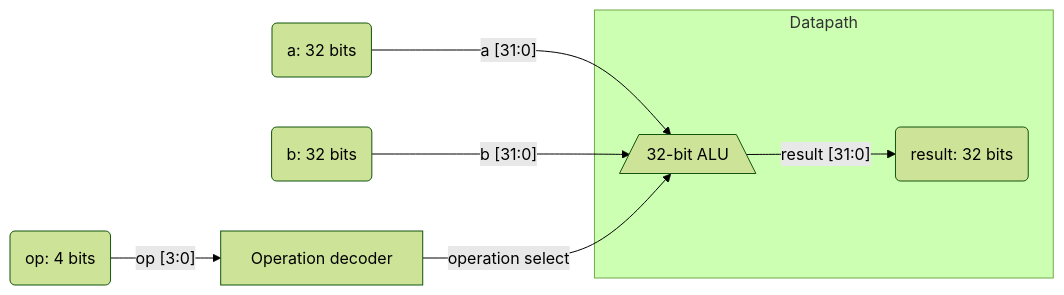
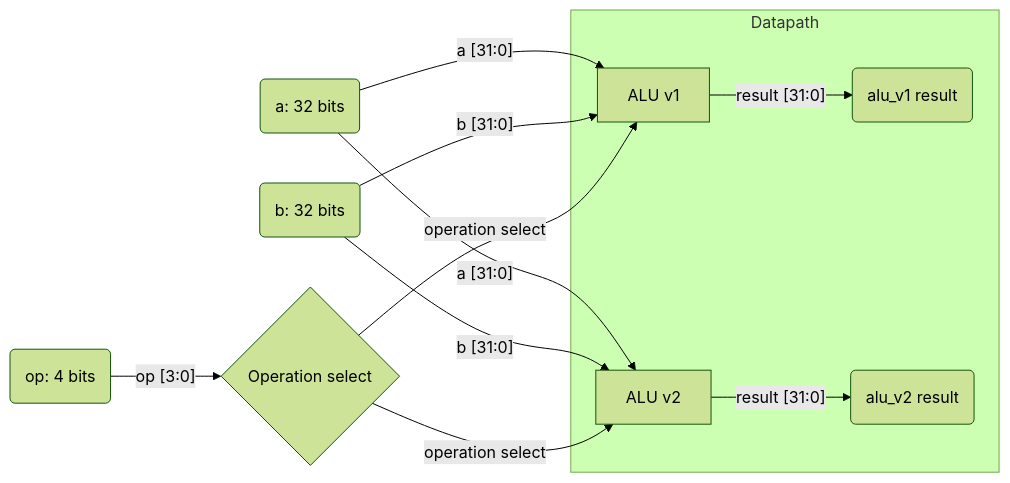
Before and after one commit to dmz4/32bit-alu-synth: the first of 2 diagrams in README.md, drawn with Mermaid (forest theme). The commit also changed other lines of this file and 7 other files, not shown here.

````diff
--- a/README.md
+++ b/README.md
@@ -9,12 +10,15 @@
 ```mermaid
 flowchart LR
-    A(a: 32 bits) -->|"a [31:0]"| ALU
-    B(b: 32 bits) -->|"b [31:0]"| ALU
-    OP(op: 4 bits) -->|"op [3:0]"| DEC[Operation decoder]
-    DEC -->|operation select| ALU
+    A(a: 32 bits) -->|"a [31:0]"| V1[ALU v1]
+    A -->|"a [31:0]"| V2[ALU v2]
+    B(b: 32 bits) -->|"b [31:0]"| V1
+    B -->|"b [31:0]"| V2
+    OP(op: 4 bits) -->|"op [3:0]"| DEC{Operation select}
+    DEC -->|operation select| V1
+    DEC -->|operation select| V2
 
     subgraph DATAPATH[Datapath]
-        ALU[/ 32-bit ALU \]
-        ALU -->|"result [31:0]"| R(result: 32 bits)
+        V1 -->|"result [31:0]"| R1(alu_v1 result)
+        V2 -->|"result [31:0]"| R2(alu_v2 result)
     end
 ```
````
